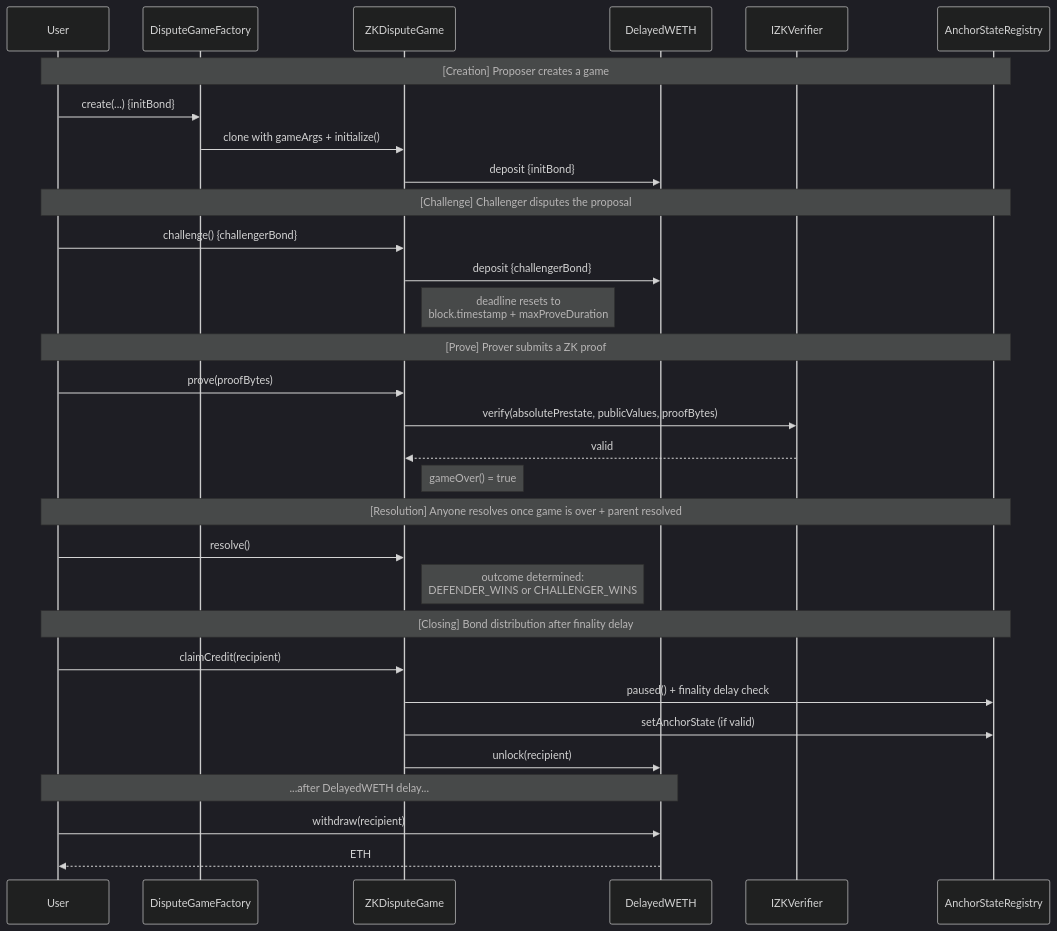
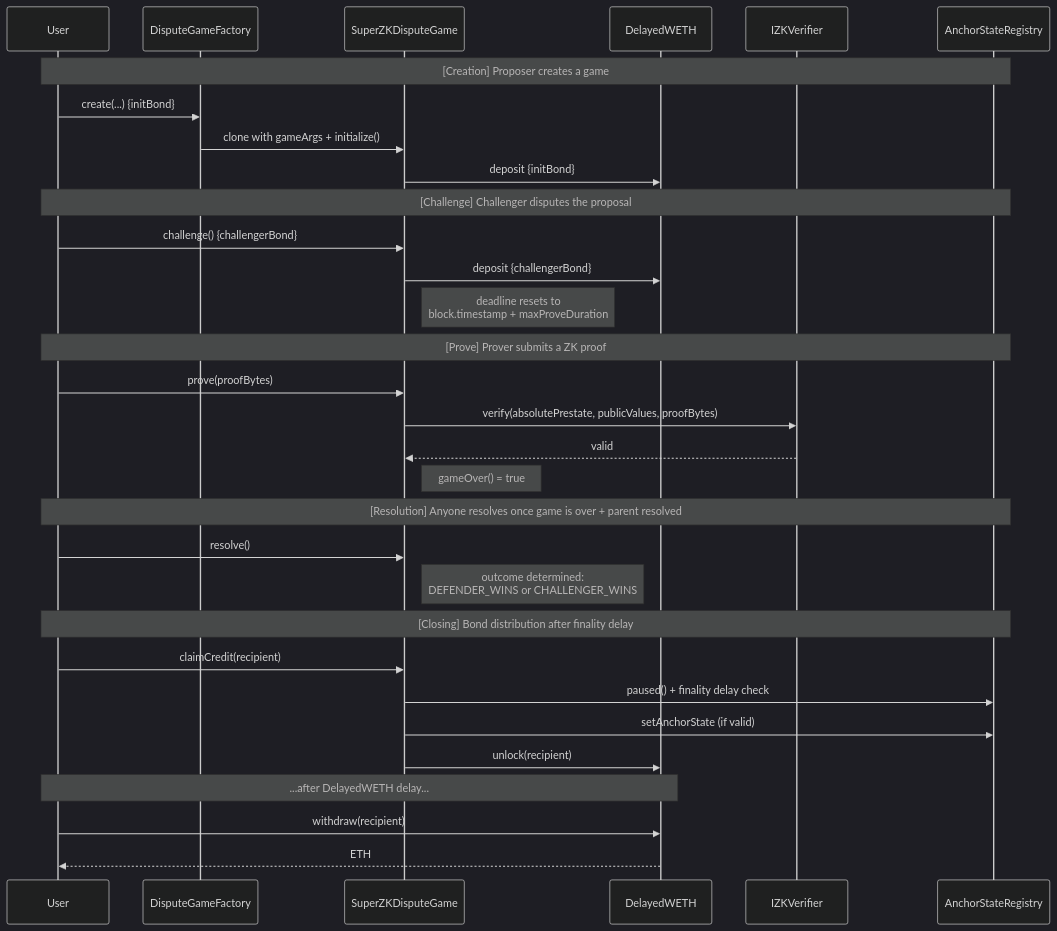
The fourth of 4 diagrams in protocol/proofs/super-zk-dispute-game.md (ethereum-optimism/design-docs), drawn with Mermaid (dark theme) before and after one commit. The commit also changed other lines of this file, not shown here.

````diff
--- a/protocol/proofs/super-zk-dispute-game.md
+++ b/protocol/proofs/super-zk-dispute-game.md
@@ -492,38 +492,38 @@
 ```mermaid
 sequenceDiagram
     participant User
     participant DGF as DisputeGameFactory
-    participant ZKG as ZKDisputeGame
+    participant ZKG as SuperZKDisputeGame
     participant DWETH as DelayedWETH
     participant Verifier as IZKVerifier
     participant ASR as AnchorStateRegistry
 
     Note over User,ASR: [Creation] Proposer creates a game
     User->>DGF: create(...) {initBond}
     DGF->>ZKG: clone with gameArgs + initialize()
     ZKG->>DWETH: deposit {initBond}
 
     Note over User,ASR: [Challenge] Challenger disputes the proposal
     User->>ZKG: challenge() {challengerBond}
     ZKG->>DWETH: deposit {challengerBond}
     Note right of ZKG: deadline resets to<br/>block.timestamp + maxProveDuration
 
     Note over User,ASR: [Prove] Prover submits a ZK proof
     User->>ZKG: prove(proofBytes)
     ZKG->>Verifier: verify(absolutePrestate, publicValues, proofBytes)
     Verifier-->>ZKG: valid
     Note right of ZKG: gameOver() = true
 
     Note over User,ASR: [Resolution] Anyone resolves once game is over + parent resolved
     User->>ZKG: resolve()
     Note right of ZKG: outcome determined:<br/>DEFENDER_WINS or CHALLENGER_WINS
 
     Note over User,ASR: [Closing] Bond distribution after finality delay
     User->>ZKG: claimCredit(recipient)
     ZKG->>ASR: paused() + finality delay check
     ZKG->>ASR: setAnchorState (if valid)
     ZKG->>DWETH: unlock(recipient)
     Note over User,DWETH: ...after DelayedWETH delay...
     User->>DWETH: withdraw(recipient)
     DWETH-->>User: ETH
 ```
````
